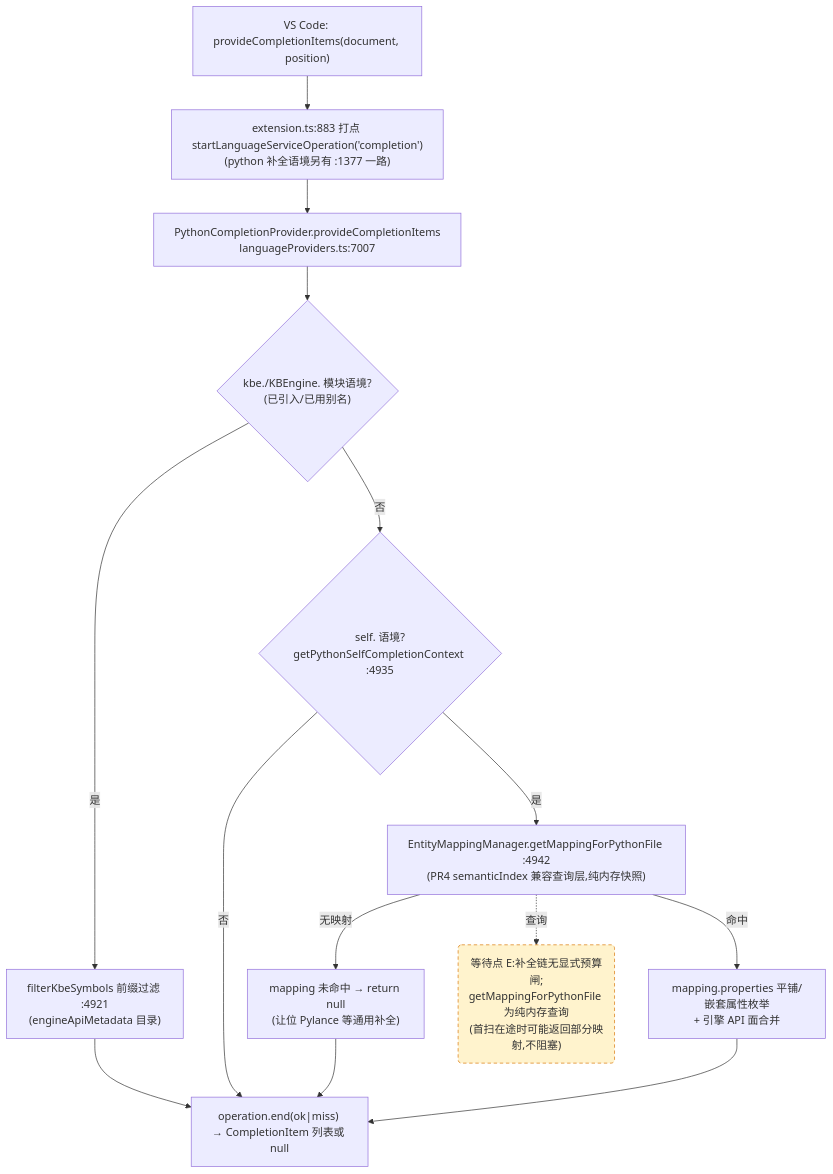
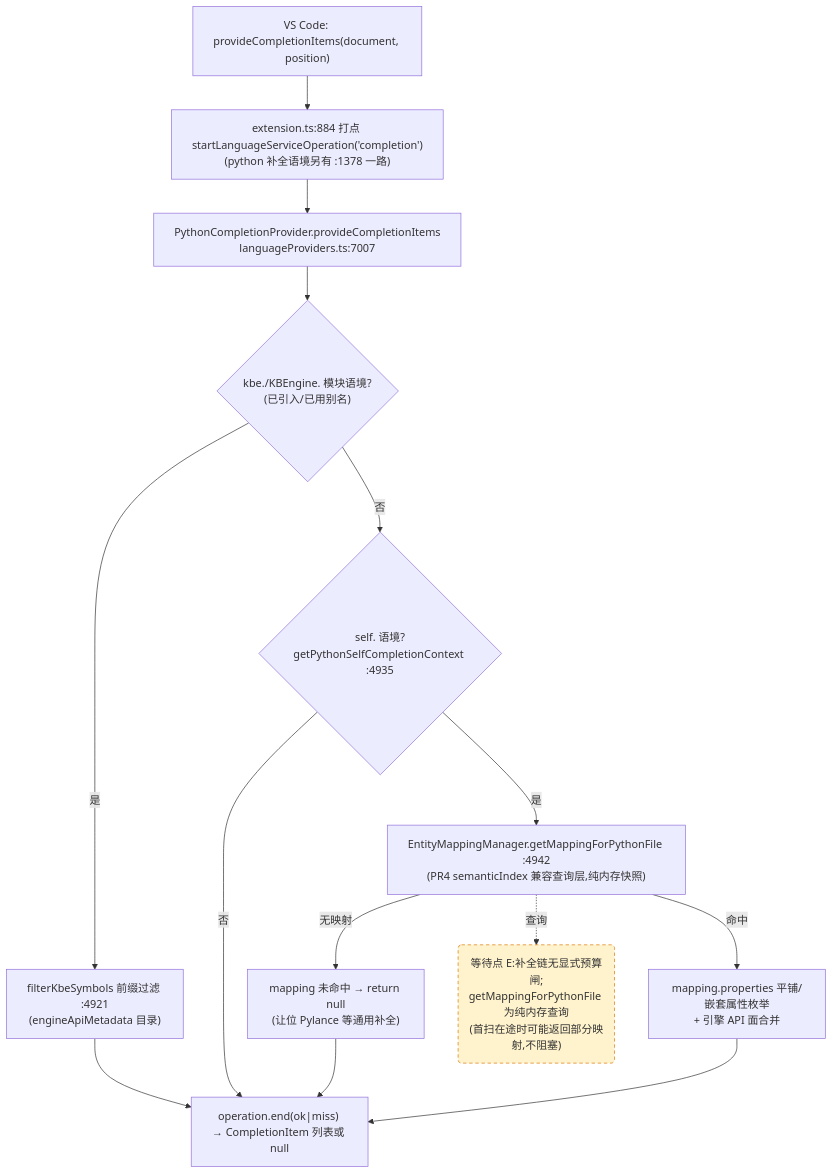
One commit to cuihairu/kode changed the third of 4 diagrams in docs/perf/2026-baseline.md. Above: the diagram before and after it, drawn with Mermaid. The commit also changed other lines of this file and 1 other file, not shown here.

First line of the commit message:
test: roll extension.ts perf anchors after hot-lane edits

````diff
--- a/docs/perf/2026-baseline.md
+++ b/docs/perf/2026-baseline.md
@@ -184,27 +184,27 @@
 ```mermaid
 flowchart TD
   VC3["VS Code: provideCompletionItems(document, position)"]
-  M3["extension.ts:883 打点 startLanguageServiceOperation('completion')<br/>(python 补全语境另有 :1377 一路)"]
+  M3["extension.ts:884 打点 startLanguageServiceOperation('completion')<br/>(python 补全语境另有 :1378 一路)"]
   CP["PythonCompletionProvider.provideCompletionItems<br/>languageProviders.ts:7007"]
   KBEC{"kbe./KBEngine. 模块语境?<br/>(已引入/已用别名)"}
   FILTER["filterKbeSymbols 前缀过滤 :4921<br/>(engineApiMetadata 目录)"]
   SELFC{"self. 语境?<br/>getPythonSelfCompletionContext :4935"}
   MAP["EntityMappingManager.getMappingForPythonFile :4942<br/>(PR4 semanticIndex 兼容查询层,纯内存快照)"]
   NOMAP["mapping 未命中 → return null<br/>(让位 Pylance 等通用补全)"]
   PROPS["mapping.properties 平铺/嵌套属性枚举<br/>+ 引擎 API 面合并"]
   END3["operation.end(ok|miss) → CompletionItem 列表或 null"]
 
   VC3 --> M3 --> CP --> KBEC
   KBEC -- "是" --> FILTER --> END3
   KBEC -- "否" --> SELFC
   SELFC -- "否" --> END3
   SELFC -- "是" --> MAP
   MAP -- "无映射" --> NOMAP --> END3
   MAP -- "命中" --> PROPS --> END3
 
   WAITE("等待点 E:补全链无显式预算闸;<br/>getMappingForPythonFile 为纯内存查询<br/>(首扫在途时可能返回部分映射,不阻塞)")
   MAP -.->|查询| WAITE
 
   classDef waitPoint fill:#fff3cd,stroke:#d97706,stroke-dasharray:5 4;
   class WAITE waitPoint;
 ```
````
